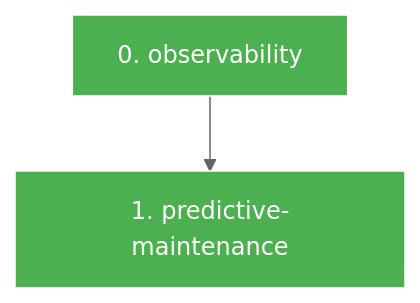
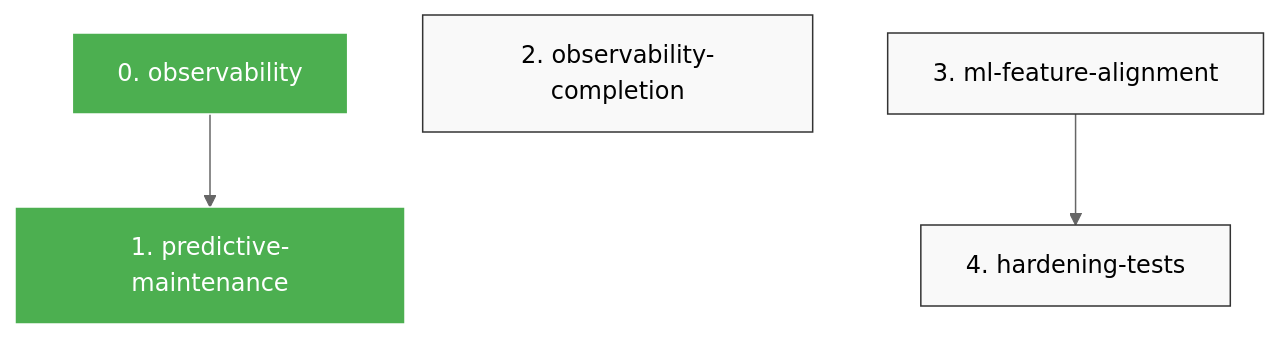
The diagram in phases/5-hardening/DAG.md (masondev1024/robot-data-pipeline), drawn with Mermaid (neutral theme) before and after one commit. The commit also changed 4 other files, not shown here.

Commit message:
feat(5-hardening): step 2 — observability-completion

````diff
--- a/phases/5-hardening/DAG.md
+++ b/phases/5-hardening/DAG.md
@@ -3,12 +3,19 @@
 ```mermaid
 graph TD
   classDef completed fill:#4CAF50,stroke:#fff,color:#fff;
   classDef pending fill:#f9f9f9,stroke:#333;
   classDef error fill:#f44336,stroke:#fff,color:#fff;
   classDef blocked fill:#FF9800,stroke:#fff,color:#fff;
   S0["0. observability"]
   class S0 completed;
   S1["1. predictive-maintenance"]
   class S1 completed;
   S0 --> S1
+  S2["2. observability-completion"]
+  class S2 pending;
+  S3["3. ml-feature-alignment"]
+  class S3 pending;
+  S4["4. hardening-tests"]
+  class S4 pending;
+  S3 --> S4
 ```
````
